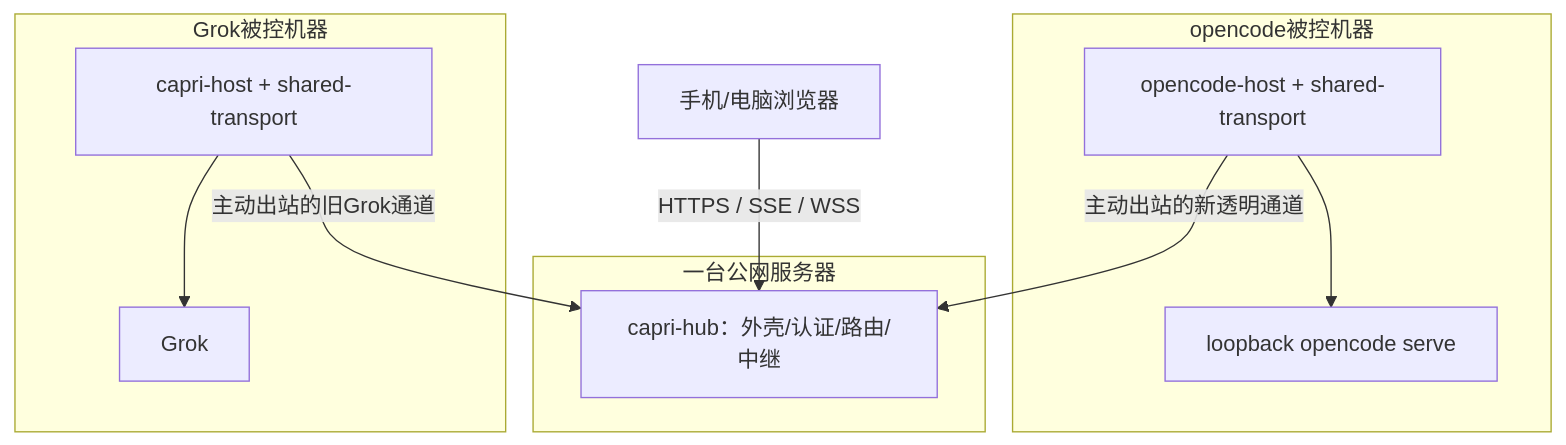
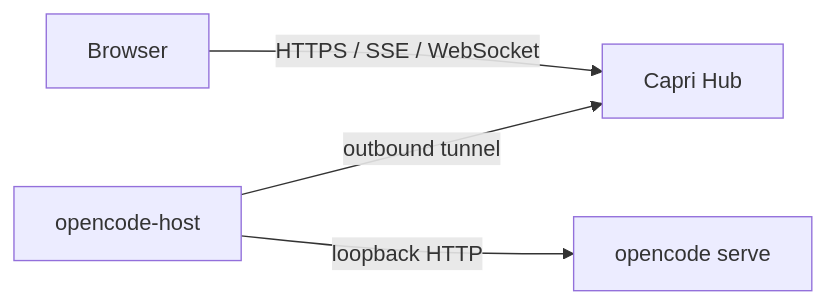
Before and after one commit to wangmeng55/capri: the diagram in docs/design/01-overview.md, drawn with Mermaid. The commit also changed other lines of this file and 240 other files, not shown here.

````diff
--- a/docs/design/01-overview.md
+++ b/docs/design/01-overview.md
@@ -19,20 +12,6 @@
 ```mermaid
-flowchart TB
-    B[手机/电脑浏览器]
-    subgraph VPS[一台公网服务器]
-        Hub[capri-hub：外壳/认证/路由/中继]
-    end
-    subgraph Machine1[opencode被控机器]
-        OH[opencode-host + shared-transport]
-        O[loopback opencode serve]
-        OH --> O
-    end
-    subgraph Machine2[Grok被控机器]
-        GH[capri-host + shared-transport]
-        G[Grok]
-        GH --> G
-    end
-    B -->|HTTPS / SSE / WSS| Hub
-    OH -->|主动出站的新透明通道| Hub
-    GH -->|主动出站的旧Grok通道| Hub
+flowchart LR
+    B[Browser] -->|HTTPS / SSE / WebSocket| H[Capri Hub]
+    O[opencode-host] -->|outbound tunnel| H
+    O -->|loopback HTTP| S[opencode serve]
 ```
````
